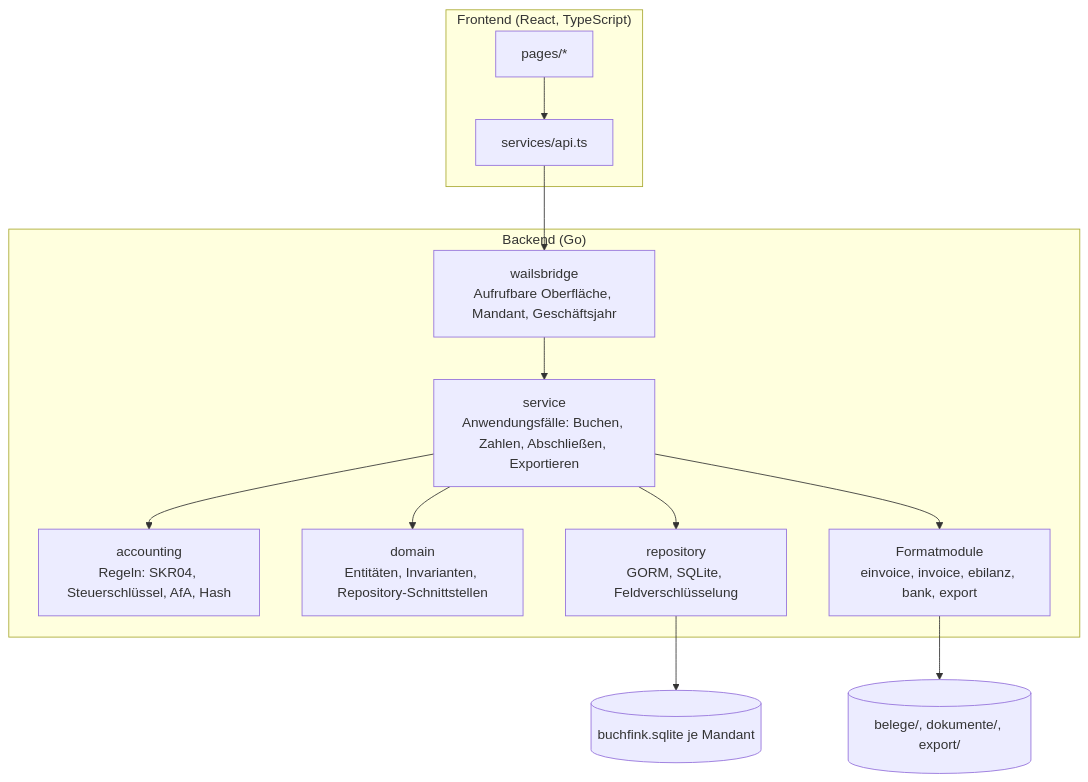
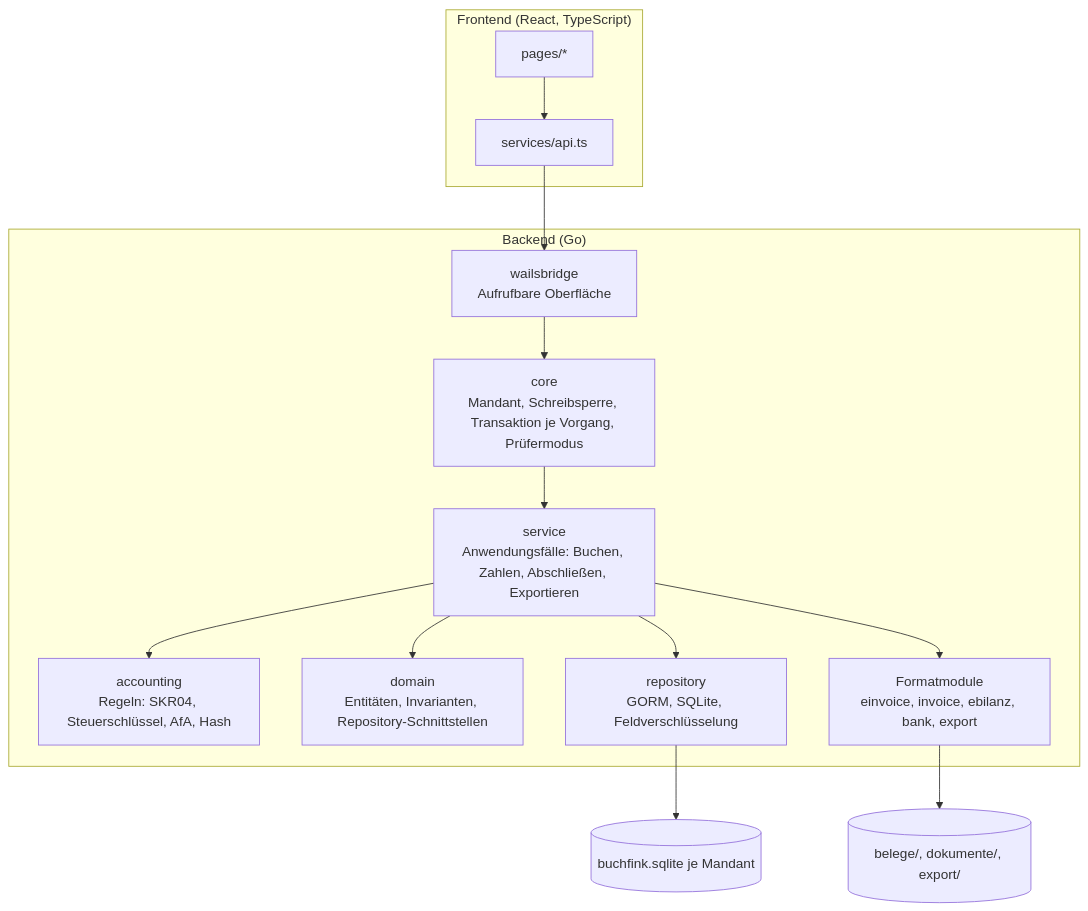
Before and after one commit to mxzinke/buchfink: the second of 4 diagrams in docs/entwicklung/architektur.md, drawn with Mermaid. The commit also changed other lines of this file and 35 other files, not shown here.

````diff
--- a/docs/entwicklung/architektur.md
+++ b/docs/entwicklung/architektur.md
@@ -84,16 +84,17 @@
 ```mermaid
 flowchart TB
     subgraph Frontend["Frontend (React, TypeScript)"]
         P["pages/*"] --> API["services/api.ts"]
     end
-    API --> BR["wailsbridge<br/>Aufrufbare Oberfläche, Mandant, Geschäftsjahr"]
+    API --> BR["wailsbridge<br/>Aufrufbare Oberfläche"]
     subgraph Backend["Backend (Go)"]
-        BR --> SVC["service<br/>Anwendungsfälle: Buchen, Zahlen, Abschließen, Exportieren"]
+        BR --> CORE["core<br/>Mandant, Schreibsperre, Transaktion je Vorgang, Prüfermodus"]
+        CORE --> SVC["service<br/>Anwendungsfälle: Buchen, Zahlen, Abschließen, Exportieren"]
         SVC --> ACC["accounting<br/>Regeln: SKR04, Steuerschlüssel, AfA, Hash"]
         SVC --> DOM["domain<br/>Entitäten, Invarianten, Repository-Schnittstellen"]
         SVC --> REP["repository<br/>GORM, SQLite, Feldverschlüsselung"]
         SVC --> FMT["Formatmodule<br/>einvoice, invoice, ebilanz, bank, export"]
     end
     REP --> DB[("buchfink.sqlite je Mandant")]
     FMT --> FS[("belege/, dokumente/, export/")]
 ```
````
